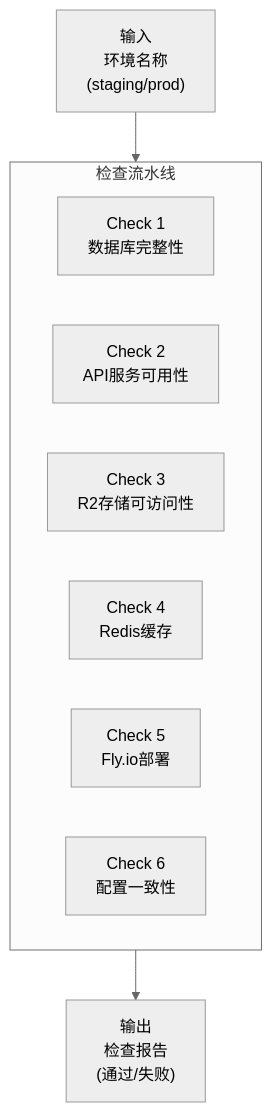
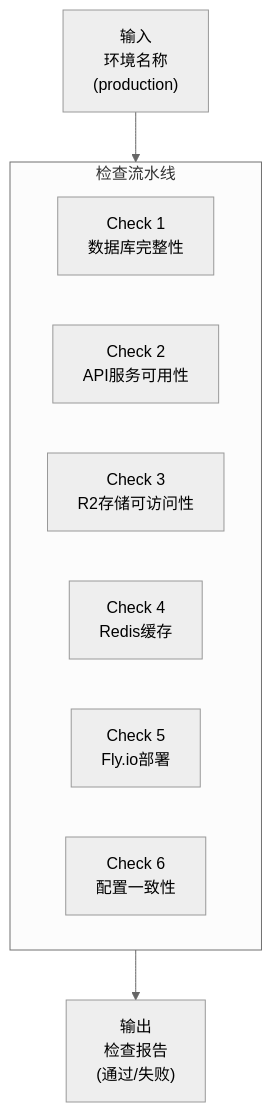
The first of 2 diagrams in 10-pipeline/execution-logs/P003-environment-integrity-check.md (readmigo/docs), drawn with Mermaid (neutral theme) before and after one commit. The commit also changed other lines of this file and 27 other files, not shown here.

First line of the commit message:
audit: remove code snippets, update to 2-env architecture across operations and pipeline docs

````diff
--- a/10-pipeline/execution-logs/P003-environment-integrity-check.md
+++ b/10-pipeline/execution-logs/P003-environment-integrity-check.md
@@ -9,13 +11,13 @@
 ```mermaid
 flowchart TD
-    A["输入<br>环境名称<br>(staging/prod)"] --> pipeline
+    A["输入<br>环境名称<br>(production)"] --> pipeline
     subgraph pipeline["检查流水线"]
         C1["Check 1<br>数据库完整性"]
         C2["Check 2<br>API服务可用性"]
         C3["Check 3<br>R2存储可访问性"]
         C4["Check 4<br>Redis缓存"]
         C5["Check 5<br>Fly.io部署"]
         C6["Check 6<br>配置一致性"]
     end
     pipeline --> Z["输出<br>检查报告<br>(通过/失败)"]
 ```
````
